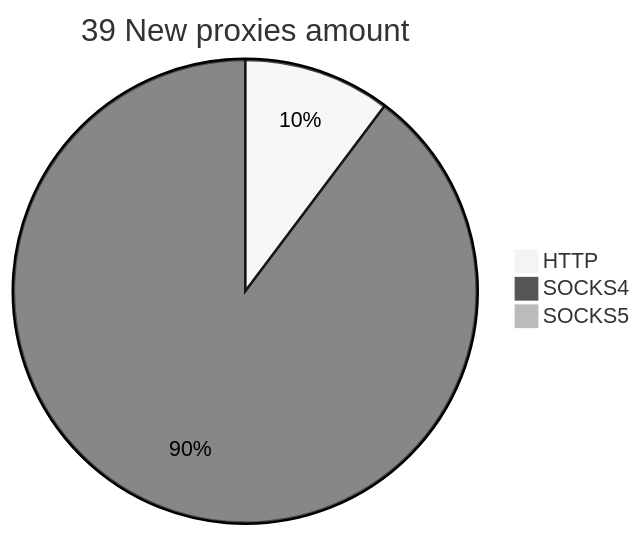
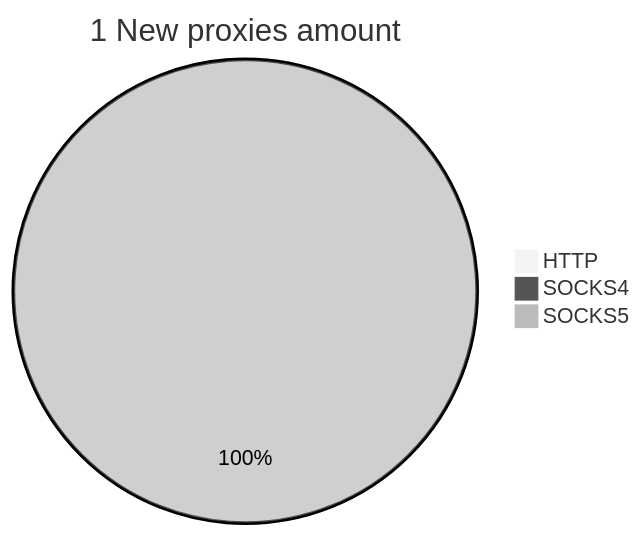
Before and after one commit to cutipu/proxylist: the second of 2 diagrams in README.md, drawn with Mermaid (neutral theme). The commit also changed other lines of this file, not shown here.

````diff
--- a/README.md
+++ b/README.md
@@ -10,6 +10,6 @@
 ```mermaid
-pie title 39 New proxies amount
-    "HTTP" : 4
-    "SOCKS4" : 35
-    "SOCKS5" : 0
+pie title 1 New proxies amount
+    "HTTP" : 0
+    "SOCKS4" : 0
+    "SOCKS5" : 1
 ```
````
